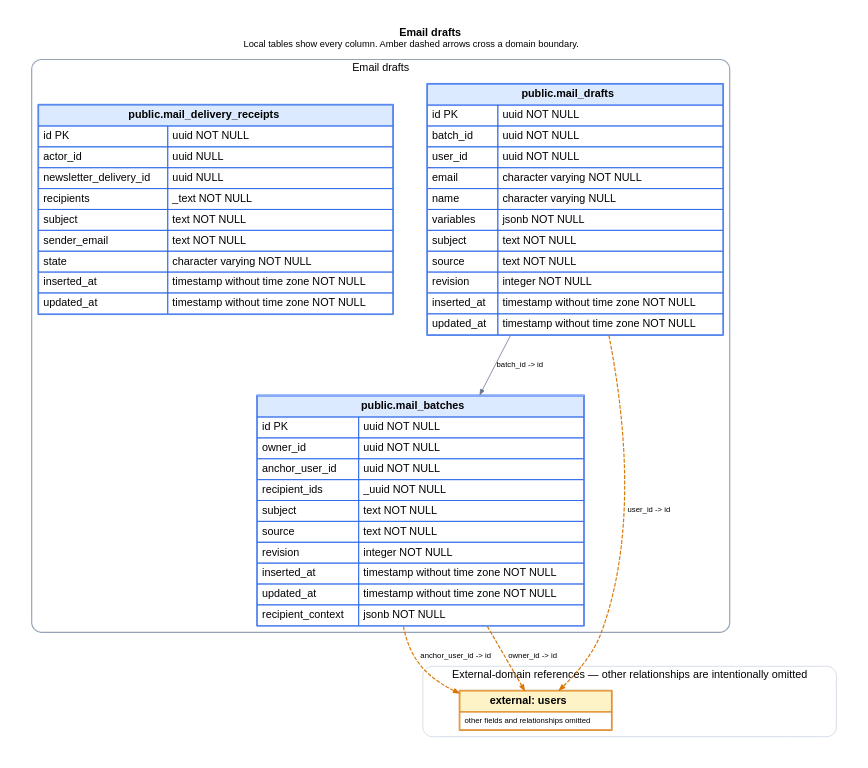
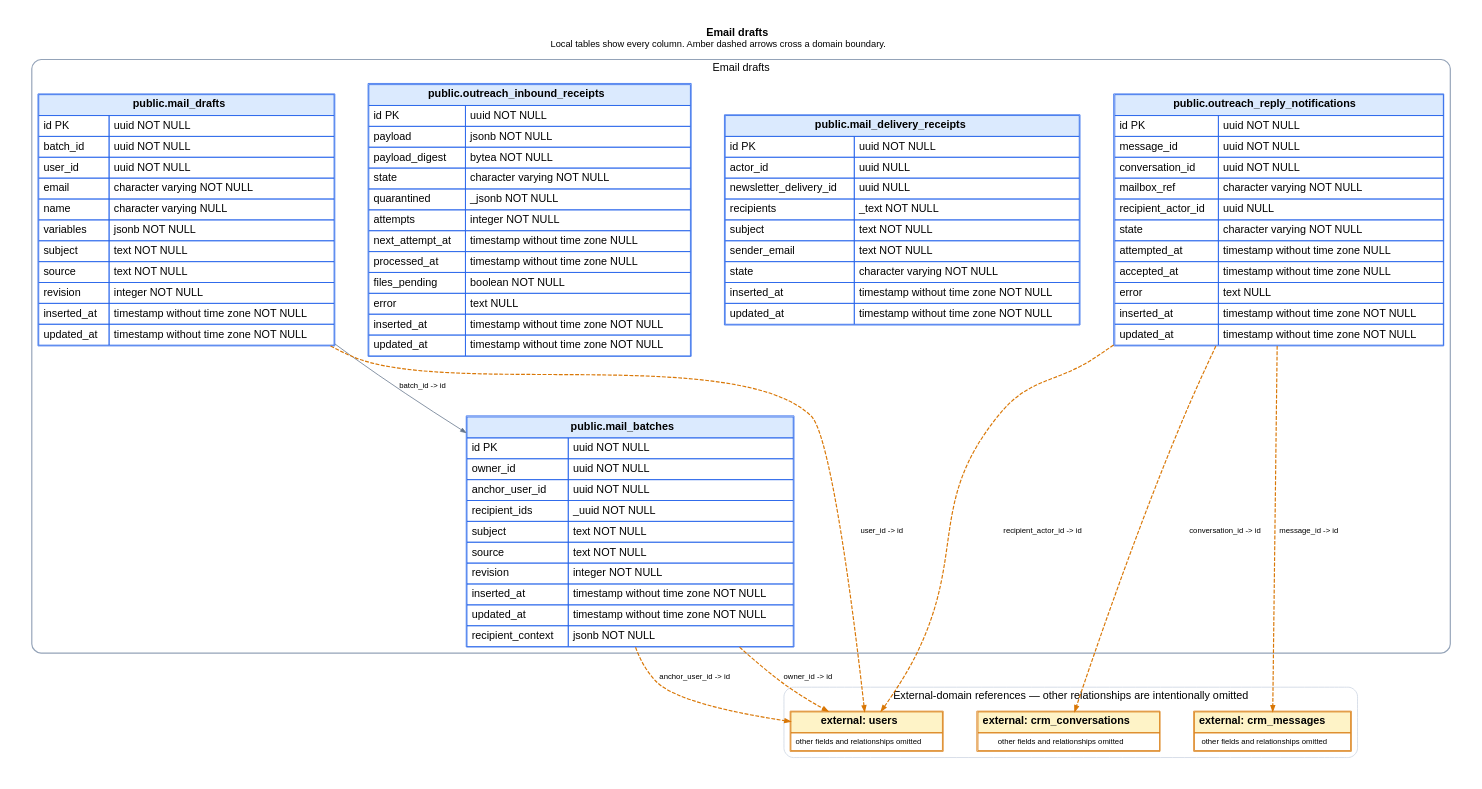
Before and after one commit to ogourment/pauseai.ca-website: the diagram in docs/schema/domains/mail_drafts.dot, drawn with Graphviz. The commit also changed 44 other files, not shown here.

Commit message:
Add reusable attributed outreach conversations and inbox

```diff
--- a/docs/schema/domains/mail_drafts.dot
+++ b/docs/schema/domains/mail_drafts.dot
@@ -1,54 +1,85 @@
 digraph mail_drafts {
   graph [rankdir=TB, bgcolor="white", pad=0.35, nodesep=0.6, ranksep=0.9, fontname="Helvetica"];
   node [shape=plain, fontname="Helvetica"];
   edge [fontname="Helvetica", fontsize=10, arrowsize=0.7];
   labelloc="t";
   label=< <B>Email drafts</B><BR/><FONT POINT-SIZE="12">Local tables show every column. Amber dashed arrows cross a domain boundary.</FONT> >;
 
   subgraph cluster_local {
     label="Email drafts";
     color="#94a3b8";
     penwidth=1.5;
     style="rounded";
   "mail_batches" [label=<
     <TABLE BORDER="1" CELLBORDER="1" CELLSPACING="0" CELLPADDING="5" COLOR="#2563eb">
       <TR><TD BGCOLOR="#dbeafe" COLSPAN="2"><B>public.mail_batches</B></TD></TR>
       <TR><TD ALIGN="LEFT">id PK</TD><TD ALIGN="LEFT">uuid NOT NULL</TD></TR><TR><TD ALIGN="LEFT">owner_id</TD><TD ALIGN="LEFT">uuid NOT NULL</TD></TR><TR><TD ALIGN="LEFT">anchor_user_id</TD><TD ALIGN="LEFT">uuid NOT NULL</TD></TR><TR><TD ALIGN="LEFT">recipient_ids</TD><TD ALIGN="LEFT">_uuid NOT NULL</TD></TR><TR><TD ALIGN="LEFT">subject</TD><TD ALIGN="LEFT">text NOT NULL</TD></TR><TR><TD ALIGN="LEFT">source</TD><TD ALIGN="LEFT">text NOT NULL</TD></TR><TR><TD ALIGN="LEFT">revision</TD><TD ALIGN="LEFT">integer NOT NULL</TD></TR><TR><TD ALIGN="LEFT">inserted_at</TD><TD ALIGN="LEFT">timestamp without time zone NOT NULL</TD></TR><TR><TD ALIGN="LEFT">updated_at</TD><TD ALIGN="LEFT">timestamp without time zone NOT NULL</TD></TR><TR><TD ALIGN="LEFT">recipient_context</TD><TD ALIGN="LEFT">jsonb NOT NULL</TD></TR>
     </TABLE>
   >];
 
   "mail_drafts" [label=<
     <TABLE BORDER="1" CELLBORDER="1" CELLSPACING="0" CELLPADDING="5" COLOR="#2563eb">
       <TR><TD BGCOLOR="#dbeafe" COLSPAN="2"><B>public.mail_drafts</B></TD></TR>
       <TR><TD ALIGN="LEFT">id PK</TD><TD ALIGN="LEFT">uuid NOT NULL</TD></TR><TR><TD ALIGN="LEFT">batch_id</TD><TD ALIGN="LEFT">uuid NOT NULL</TD></TR><TR><TD ALIGN="LEFT">user_id</TD><TD ALIGN="LEFT">uuid NOT NULL</TD></TR><TR><TD ALIGN="LEFT">email</TD><TD ALIGN="LEFT">character varying NOT NULL</TD></TR><TR><TD ALIGN="LEFT">name</TD><TD ALIGN="LEFT">character varying NULL</TD></TR><TR><TD ALIGN="LEFT">variables</TD><TD ALIGN="LEFT">jsonb NOT NULL</TD></TR><TR><TD ALIGN="LEFT">subject</TD><TD ALIGN="LEFT">text NOT NULL</TD></TR><TR><TD ALIGN="LEFT">source</TD><TD ALIGN="LEFT">text NOT NULL</TD></TR><TR><TD ALIGN="LEFT">revision</TD><TD ALIGN="LEFT">integer NOT NULL</TD></TR><TR><TD ALIGN="LEFT">inserted_at</TD><TD ALIGN="LEFT">timestamp without time zone NOT NULL</TD></TR><TR><TD ALIGN="LEFT">updated_at</TD><TD ALIGN="LEFT">timestamp without time zone NOT NULL</TD></TR>
     </TABLE>
   >];
 
   "mail_delivery_receipts" [label=<
     <TABLE BORDER="1" CELLBORDER="1" CELLSPACING="0" CELLPADDING="5" COLOR="#2563eb">
       <TR><TD BGCOLOR="#dbeafe" COLSPAN="2"><B>public.mail_delivery_receipts</B></TD></TR>
       <TR><TD ALIGN="LEFT">id PK</TD><TD ALIGN="LEFT">uuid NOT NULL</TD></TR><TR><TD ALIGN="LEFT">actor_id</TD><TD ALIGN="LEFT">uuid NULL</TD></TR><TR><TD ALIGN="LEFT">newsletter_delivery_id</TD><TD ALIGN="LEFT">uuid NULL</TD></TR><TR><TD ALIGN="LEFT">recipients</TD><TD ALIGN="LEFT">_text NOT NULL</TD></TR><TR><TD ALIGN="LEFT">subject</TD><TD ALIGN="LEFT">text NOT NULL</TD></TR><TR><TD ALIGN="LEFT">sender_email</TD><TD ALIGN="LEFT">text NOT NULL</TD></TR><TR><TD ALIGN="LEFT">state</TD><TD ALIGN="LEFT">character varying NOT NULL</TD></TR><TR><TD ALIGN="LEFT">inserted_at</TD><TD ALIGN="LEFT">timestamp without time zone NOT NULL</TD></TR><TR><TD ALIGN="LEFT">updated_at</TD><TD ALIGN="LEFT">timestamp without time zone NOT NULL</TD></TR>
     </TABLE>
   >];
 
+  "outreach_inbound_receipts" [label=<
+    <TABLE BORDER="1" CELLBORDER="1" CELLSPACING="0" CELLPADDING="5" COLOR="#2563eb">
+      <TR><TD BGCOLOR="#dbeafe" COLSPAN="2"><B>public.outreach_inbound_receipts</B></TD></TR>
+      <TR><TD ALIGN="LEFT">id PK</TD><TD ALIGN="LEFT">uuid NOT NULL</TD></TR><TR><TD ALIGN="LEFT">payload</TD><TD ALIGN="LEFT">jsonb NOT NULL</TD></TR><TR><TD ALIGN="LEFT">payload_digest</TD><TD ALIGN="LEFT">bytea NOT NULL</TD></TR><TR><TD ALIGN="LEFT">state</TD><TD ALIGN="LEFT">character varying NOT NULL</TD></TR><TR><TD ALIGN="LEFT">quarantined</TD><TD ALIGN="LEFT">_jsonb NOT NULL</TD></TR><TR><TD ALIGN="LEFT">attempts</TD><TD ALIGN="LEFT">integer NOT NULL</TD></TR><TR><TD ALIGN="LEFT">next_attempt_at</TD><TD ALIGN="LEFT">timestamp without time zone NULL</TD></TR><TR><TD ALIGN="LEFT">processed_at</TD><TD ALIGN="LEFT">timestamp without time zone NULL</TD></TR><TR><TD ALIGN="LEFT">files_pending</TD><TD ALIGN="LEFT">boolean NOT NULL</TD></TR><TR><TD ALIGN="LEFT">error</TD><TD ALIGN="LEFT">text NULL</TD></TR><TR><TD ALIGN="LEFT">inserted_at</TD><TD ALIGN="LEFT">timestamp without time zone NOT NULL</TD></TR><TR><TD ALIGN="LEFT">updated_at</TD><TD ALIGN="LEFT">timestamp without time zone NOT NULL</TD></TR>
+    </TABLE>
+  >];
+
+  "outreach_reply_notifications" [label=<
+    <TABLE BORDER="1" CELLBORDER="1" CELLSPACING="0" CELLPADDING="5" COLOR="#2563eb">
+      <TR><TD BGCOLOR="#dbeafe" COLSPAN="2"><B>public.outreach_reply_notifications</B></TD></TR>
+      <TR><TD ALIGN="LEFT">id PK</TD><TD ALIGN="LEFT">uuid NOT NULL</TD></TR><TR><TD ALIGN="LEFT">message_id</TD><TD ALIGN="LEFT">uuid NOT NULL</TD></TR><TR><TD ALIGN="LEFT">conversation_id</TD><TD ALIGN="LEFT">uuid NOT NULL</TD></TR><TR><TD ALIGN="LEFT">mailbox_ref</TD><TD ALIGN="LEFT">character varying NOT NULL</TD></TR><TR><TD ALIGN="LEFT">recipient_actor_id</TD><TD ALIGN="LEFT">uuid NULL</TD></TR><TR><TD ALIGN="LEFT">state</TD><TD ALIGN="LEFT">character varying NOT NULL</TD></TR><TR><TD ALIGN="LEFT">attempted_at</TD><TD ALIGN="LEFT">timestamp without time zone NULL</TD></TR><TR><TD ALIGN="LEFT">accepted_at</TD><TD ALIGN="LEFT">timestamp without time zone NULL</TD></TR><TR><TD ALIGN="LEFT">error</TD><TD ALIGN="LEFT">text NULL</TD></TR><TR><TD ALIGN="LEFT">inserted_at</TD><TD ALIGN="LEFT">timestamp without time zone NOT NULL</TD></TR><TR><TD ALIGN="LEFT">updated_at</TD><TD ALIGN="LEFT">timestamp without time zone NOT NULL</TD></TR>
+    </TABLE>
+  >];
+
   }
 
   subgraph cluster_external {
     label="External-domain references — other relationships are intentionally omitted";
     color="#cbd5e1";
     penwidth=1;
     style="rounded";
+  "crm_conversations" [label=<
+    <TABLE BORDER="1" CELLBORDER="1" CELLSPACING="0" CELLPADDING="5" COLOR="#d97706">
+      <TR><TD BGCOLOR="#fef3c7"><B>external: crm_conversations</B></TD></TR>
+      <TR><TD><FONT POINT-SIZE="10">other fields and relationships omitted</FONT></TD></TR>
+    </TABLE>
+  >];
+
+  "crm_messages" [label=<
+    <TABLE BORDER="1" CELLBORDER="1" CELLSPACING="0" CELLPADDING="5" COLOR="#d97706">
+      <TR><TD BGCOLOR="#fef3c7"><B>external: crm_messages</B></TD></TR>
+      <TR><TD><FONT POINT-SIZE="10">other fields and relationships omitted</FONT></TD></TR>
+    </TABLE>
+  >];
+
   "users" [label=<
     <TABLE BORDER="1" CELLBORDER="1" CELLSPACING="0" CELLPADDING="5" COLOR="#d97706">
       <TR><TD BGCOLOR="#fef3c7"><B>external: users</B></TD></TR>
       <TR><TD><FONT POINT-SIZE="10">other fields and relationships omitted</FONT></TD></TR>
     </TABLE>
   >];
 
   }
 
   "mail_batches" -> "users" [label="anchor_user_id -> id", color="#d97706", style="dashed", penwidth=1.5];
   "mail_batches" -> "users" [label="owner_id -> id", color="#d97706", style="dashed", penwidth=1.5];
   "mail_drafts" -> "mail_batches" [label="batch_id -> id", color="#64748b"];
   "mail_drafts" -> "users" [label="user_id -> id", color="#d97706", style="dashed", penwidth=1.5];
+  "outreach_reply_notifications" -> "crm_conversations" [label="conversation_id -> id", color="#d97706", style="dashed", penwidth=1.5];
+  "outreach_reply_notifications" -> "crm_messages" [label="message_id -> id", color="#d97706", style="dashed", penwidth=1.5];
+  "outreach_reply_notifications" -> "users" [label="recipient_actor_id -> id", color="#d97706", style="dashed", penwidth=1.5];
 }
```
